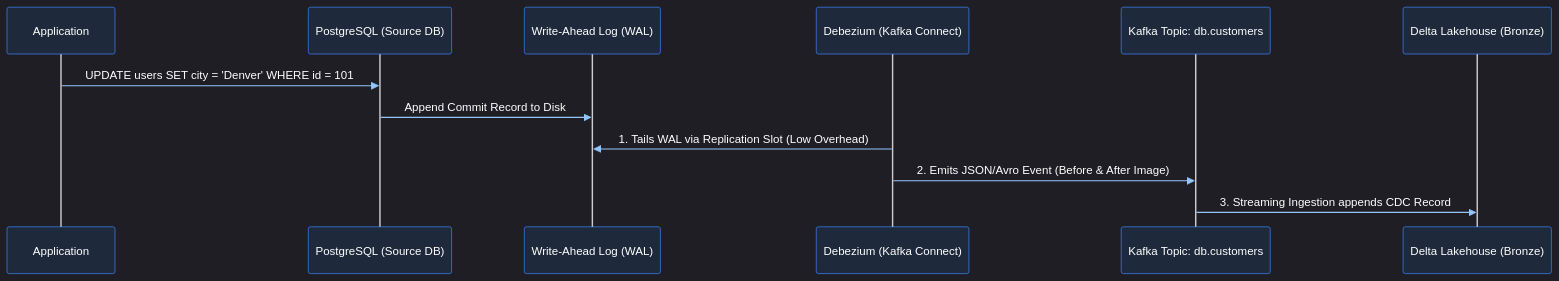
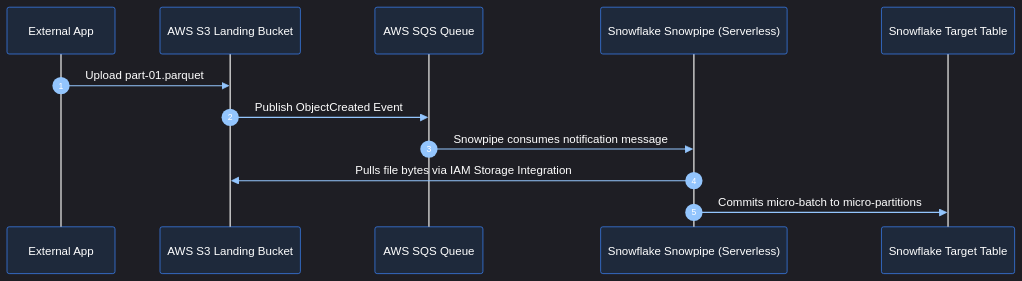
Diagram 20 of 24 in Data Engineering/10_data_pipeline_design_and_ingestion.md (joydeep-biswas/Interview-Preparation), drawn with Mermaid before and after one commit. The commit also changed other lines of this file and 143 other files, not shown here.

````diff
--- a/Data Engineering/10_data_pipeline_design_and_ingestion.md
+++ b/Data Engineering/10_data_pipeline_design_and_ingestion.md
@@ -822,16 +1496,16 @@
 ```mermaid
 %%{init: {'theme': 'dark', 'themeVariables': { 'actorBkg': '#1e293b', 'actorBorder': '#3b82f6', 'actorTextColor': '#ffffff', 'signalColor': '#93c5fd', 'signalTextColor': '#ffffff', 'noteBkgColor': '#1e293b', 'noteBorderColor': '#f59e0b', 'noteTextColor': '#fde68a', 'activationBkgColor': '#3b82f6', 'sequenceNumberColor': '#ffffff' }}}%%
 sequenceDiagram
-    participant App as Application
-    participant RDBMS as PostgreSQL (Source DB)
-    participant WAL as Write-Ahead Log (WAL)
-    participant Debezium as Debezium (Kafka Connect)
-    participant Kafka as Kafka Topic: db.customers
-    participant Lakehouse as Delta Lakehouse (Bronze)
+    autonumber
+    participant App as External App
+    participant S3 as AWS S3 Landing Bucket
+    participant SQS as AWS SQS Queue
+    participant Pipe as Snowflake Snowpipe (Serverless)
+    participant Table as Snowflake Target Table
 
-    App->>RDBMS: UPDATE users SET city = 'Denver' WHERE id = 101
-    RDBMS->>WAL: Append Commit Record to Disk
-    Debezium->>WAL: 1. Tails WAL via Replication Slot (Low Overhead)
-    Debezium->>Kafka: 2. Emits JSON/Avro Event (Before & After Image)
-    Kafka->>Lakehouse: 3. Streaming Ingestion appends CDC Record
+    App->>S3: Upload part-01.parquet
+    S3->>SQS: Publish ObjectCreated Event
+    SQS->>Pipe: Snowpipe consumes notification message
+    Pipe->>S3: Pulls file bytes via IAM Storage Integration
+    Pipe->>Table: Commits micro-batch to micro-partitions
 ```
````
